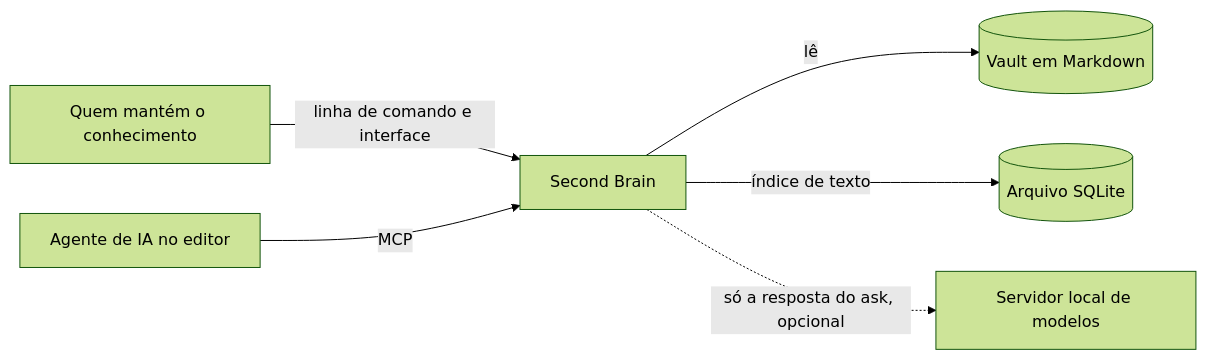
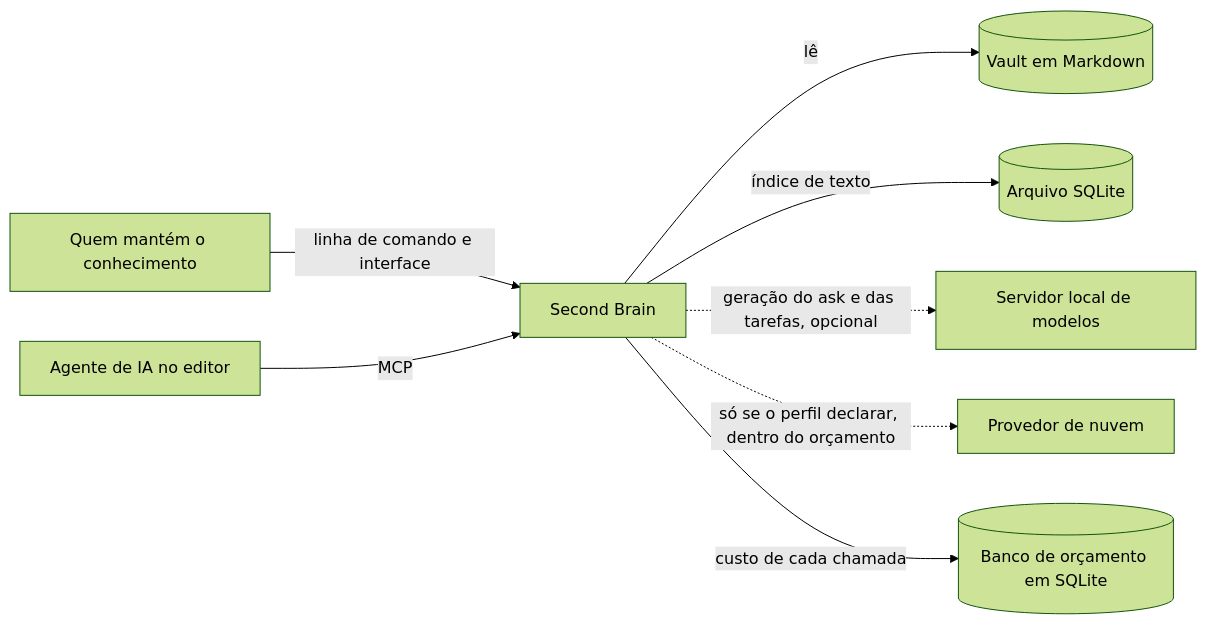
Before and after one commit to HuggsF/second-brain-open: the first of 2 diagrams in fichas/second-brain-open/03-arquitetura.md, drawn with Mermaid (forest theme). The commit also changed other lines of this file and 9 other files, not shown here.

````diff
--- a/fichas/second-brain-open/03-arquitetura.md
+++ b/fichas/second-brain-open/03-arquitetura.md
@@ -10,8 +10,10 @@
 ```mermaid
 flowchart LR
     pessoa[Quem mantém o conhecimento] -->|linha de comando e interface| motor[Second Brain]
     agente[Agente de IA no editor] -->|MCP| motor
     motor -->|lê| vault[(Vault em Markdown)]
     motor -->|índice de texto| indice[(Arquivo SQLite)]
-    motor -.->|só a resposta do ask, opcional| modelos[Servidor local de modelos]
+    motor -.->|geração do ask e das tarefas, opcional| modelos[Servidor local de modelos]
+    motor -.->|só se o perfil declarar, dentro do orçamento| nuvem[Provedor de nuvem]
+    motor -->|custo de cada chamada| gasto[(Banco de orçamento em SQLite)]
 ```
````
